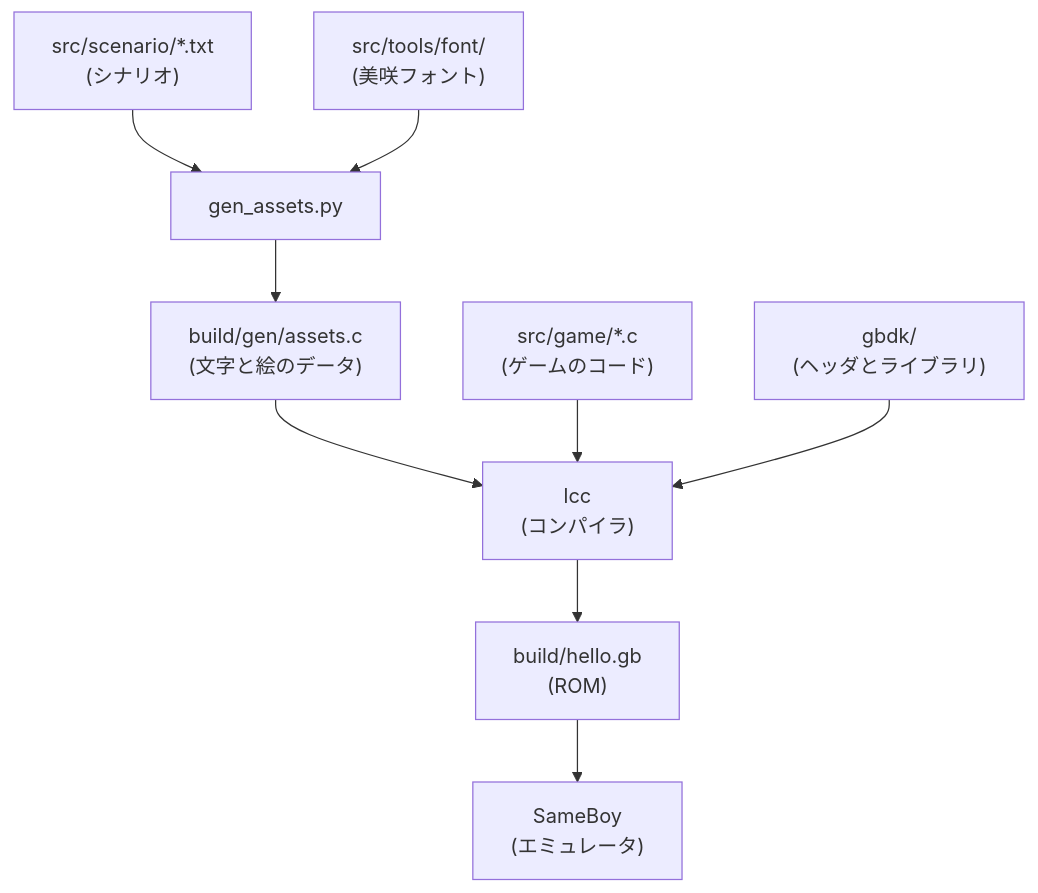
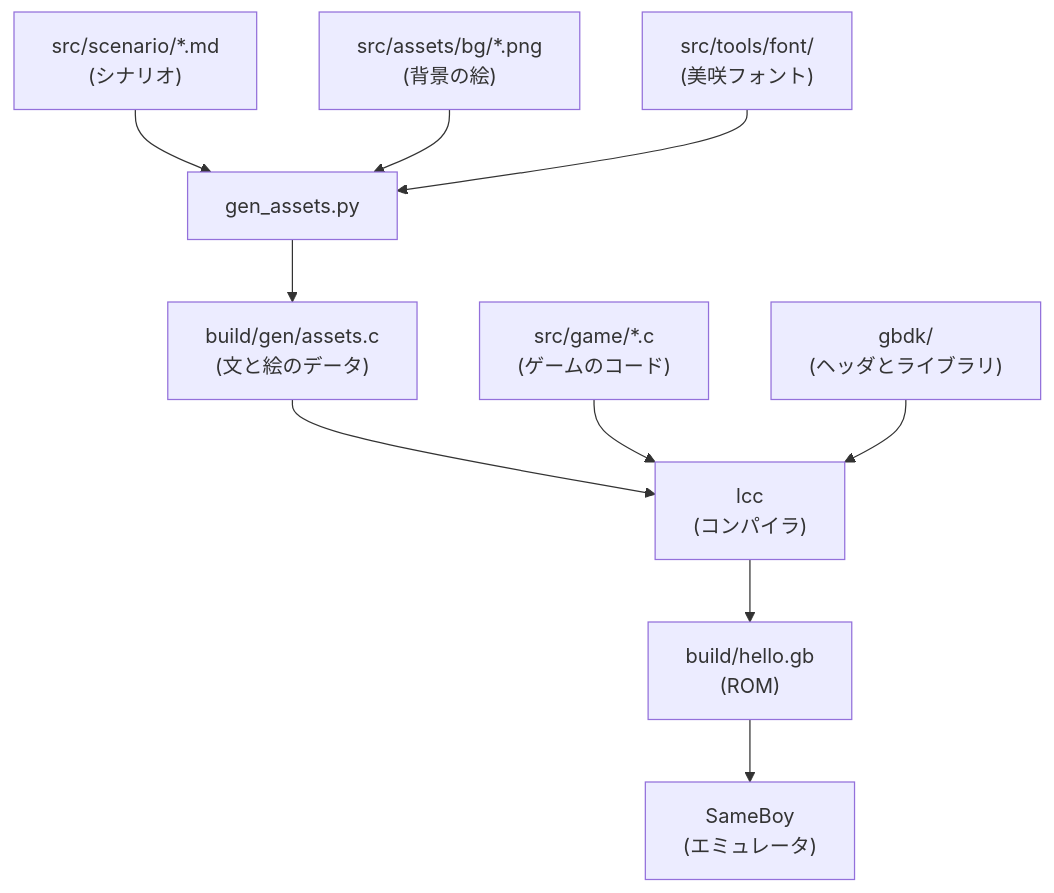
Before and after one commit to hgssnk/gameboy-devlog: the diagram in README.md, drawn with Mermaid. The commit also changed other lines of this file and 20 other files, not shown here.

````diff
--- a/README.md
+++ b/README.md
@@ -41,11 +42,12 @@
 ```mermaid
 flowchart TD
-    T["src/scenario/*.txt<br>(シナリオ)"] --> G["gen_assets.py"]
+    T["src/scenario/*.md<br>(シナリオ)"] --> G["gen_assets.py"]
+    P["src/assets/bg/*.png<br>(背景の絵)"] --> G
     F["src/tools/font/<br>(美咲フォント)"] --> G
-    G --> A["build/gen/assets.c<br>(文字と絵のデータ)"]
+    G --> A["build/gen/assets.c<br>(文と絵のデータ)"]
     A --> C["lcc<br>(コンパイラ)"]
     S["src/game/*.c<br>(ゲームのコード)"] --> C
     B["gbdk/<br>(ヘッダとライブラリ)"] --> C
     C --> D["build/hello.gb<br>(ROM)"]
     D --> E["SameBoy<br>(エミュレータ)"]
 ```
````
